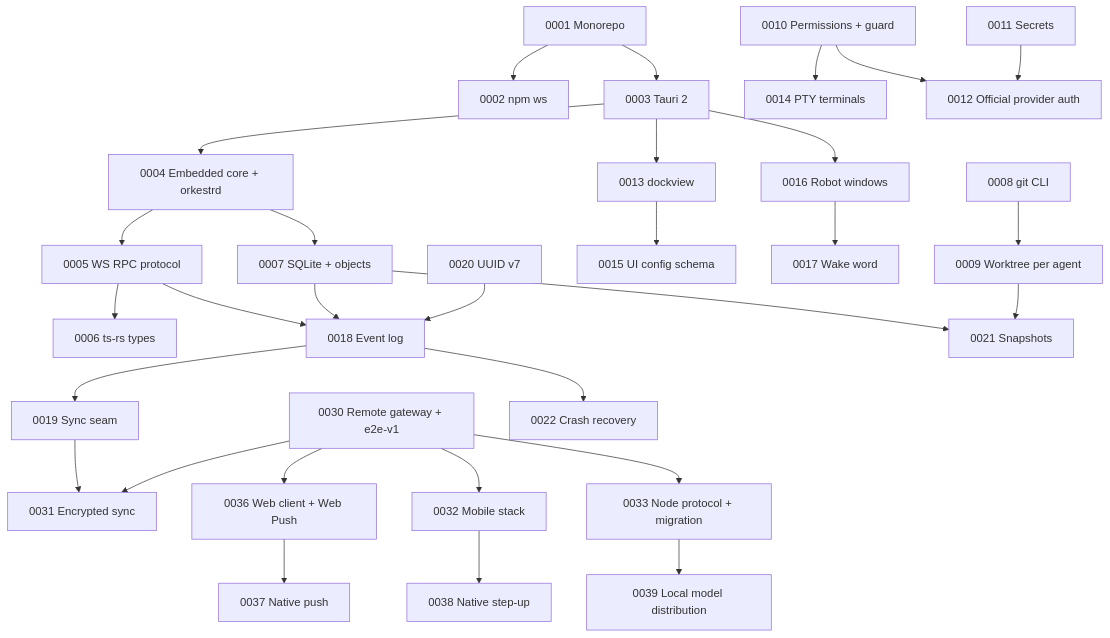
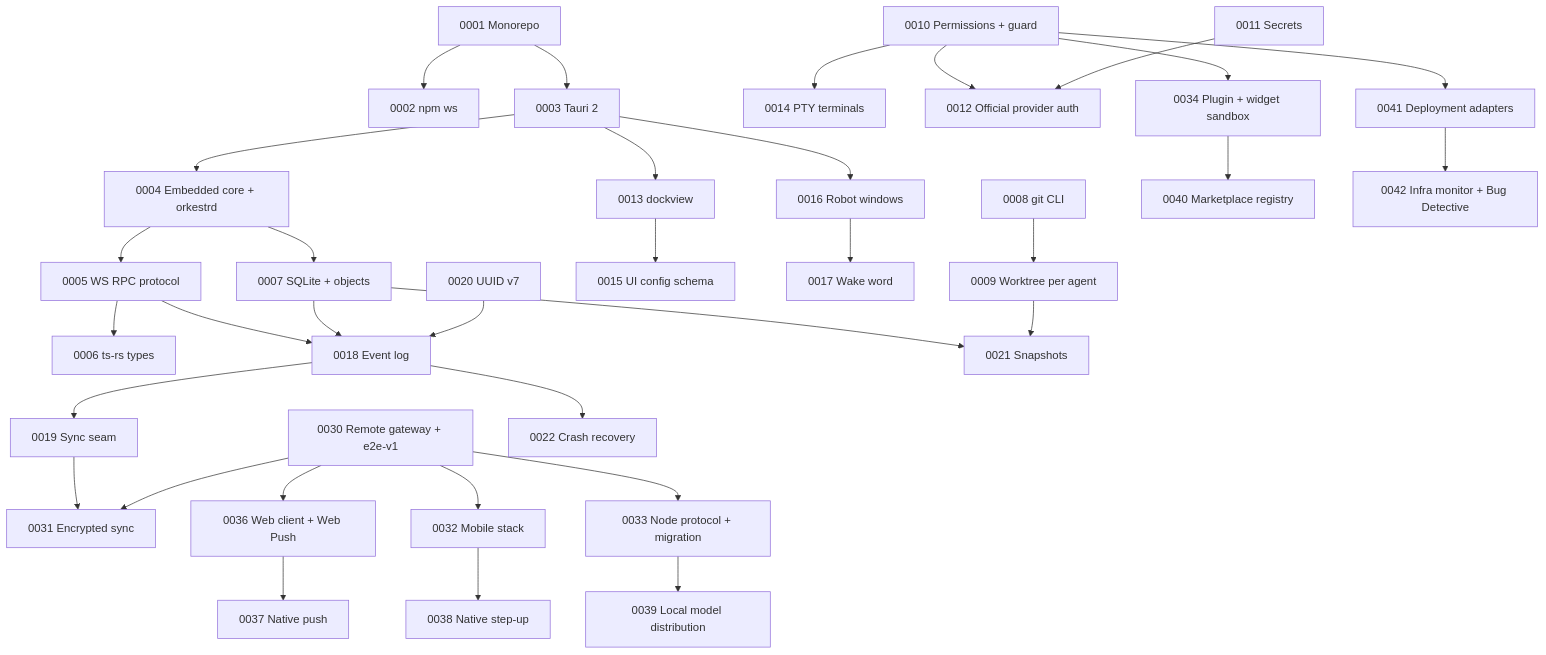
One commit to farrukhnosirov/orkestr changed the diagram in docs/adr/README.md. Above: the diagram before and after it, drawn with Mermaid. The commit also changed other lines of this file and 288 other files, not shown here.

````diff
--- a/docs/adr/README.md
+++ b/docs/adr/README.md
@@ -72,32 +79,36 @@
 ```mermaid
 flowchart TB
   A1[0001 Monorepo] --> A2[0002 npm ws]
   A1 --> A3[0003 Tauri 2]
   A3 --> A4["0004 Embedded core + orkestrd"]
   A4 --> A5[0005 WS RPC protocol]
   A5 --> A6[0006 ts-rs types]
   A5 --> A18[0018 Event log]
   A4 --> A7["0007 SQLite + objects"]
   A7 --> A18
   A7 --> A21[0021 Snapshots]
   A8[0008 git CLI] --> A9[0009 Worktree per agent]
   A9 --> A21
   A10["0010 Permissions + guard"] --> A14[0014 PTY terminals]
   A10 --> A12[0012 Official provider auth]
   A11[0011 Secrets] --> A12
   A3 --> A13[0013 dockview]
   A13 --> A15[0015 UI config schema]
   A3 --> A16[0016 Robot windows]
   A16 --> A17[0017 Wake word]
   A18 --> A19[0019 Sync seam]
   A19 --> A31[0031 Encrypted sync]
   A30[0030 Remote gateway + e2e-v1] --> A36[0036 Web client + Web Push]
   A30 --> A31
   A30 --> A32[0032 Mobile stack]
   A36 --> A37[0037 Native push]
   A32 --> A38[0038 Native step-up]
   A30 --> A33[0033 Node protocol + migration]
   A33 --> A39[0039 Local model distribution]
+  A10 --> A34[0034 Plugin + widget sandbox]
+  A34 --> A40[0040 Marketplace registry]
+  A10 --> A41[0041 Deployment adapters]
+  A41 --> A42[0042 Infra monitor + Bug Detective]
   A18 --> A22[0022 Crash recovery]
   A20[0020 UUID v7] --> A18
 ```
````
